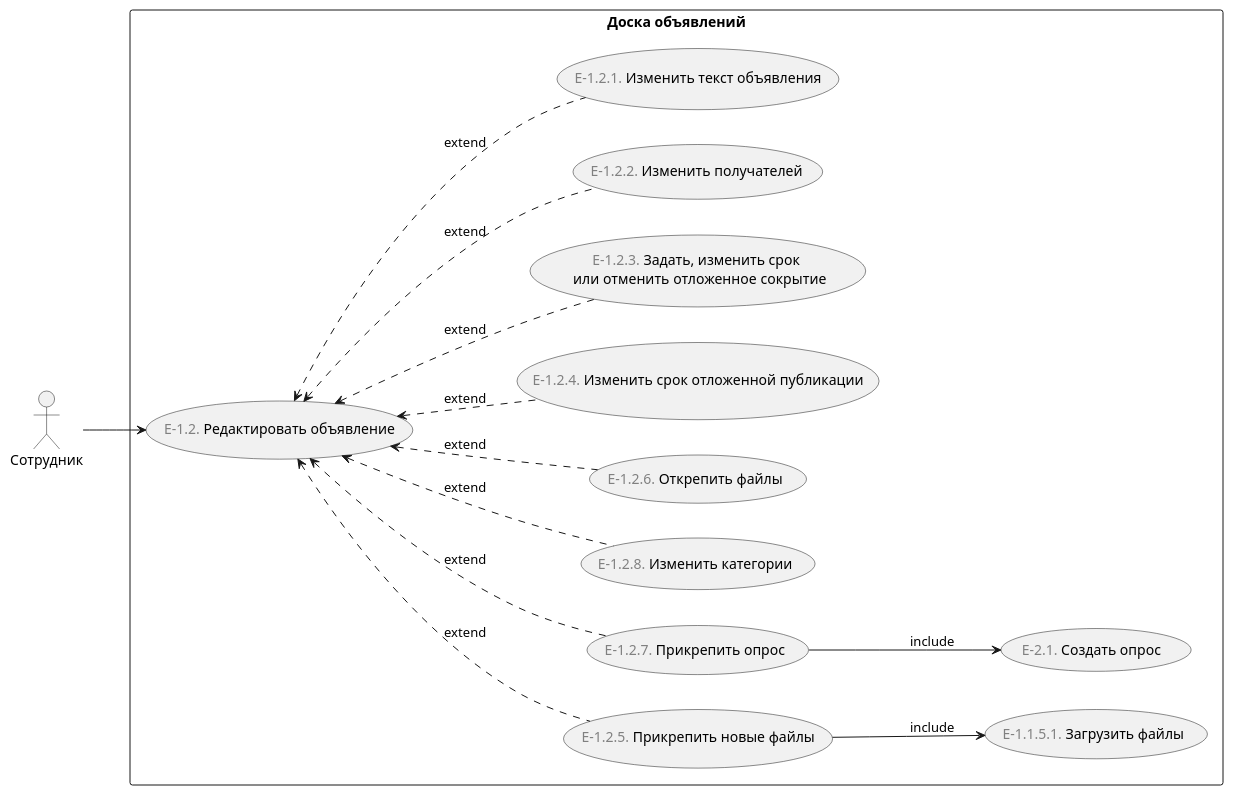
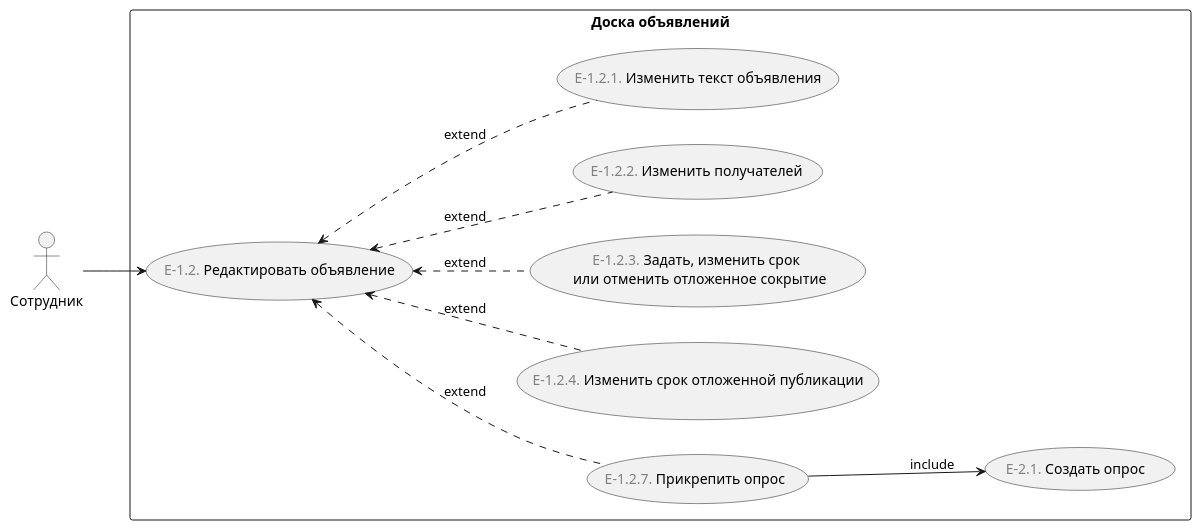
Before and after one commit to astu-app/ASTU-Bulletin-Board-Server: the diagram in doc/диаграммы/варианты-использования/редактировать-объявление.puml, drawn with PlantUML. The commit also changed 9 other files, not shown here.

Commit message:
Удалил нереализованные варианты использования и добавил один новый в диаграмму и пометил удаляемые и добавляемые варианты использования в файле с реестром вариантов использования.

```diff
--- a/doc/диаграммы/варианты-использования/редактировать-объявление.puml
+++ b/doc/диаграммы/варианты-использования/редактировать-объявление.puml
@@ -1,28 +1,22 @@
 @startuml
 'https://plantuml.com/use-case-diagram
 
 left to right direction
 
 :Сотрудник: as employee
 
 rectangle "Доска объявлений" {
     (<font color="gray">E-1.2.</font> Редактировать объявление) as edit_announcement
-    (<font color="gray">E-1.2.5.</font> Прикрепить новые файлы) as add_new_files
     (<font color="gray">E-1.2.7.</font> Прикрепить опрос) as add_survey
-    (<font color="gray">E-1.2.8.</font> Изменить категории) as edit_categories
 
     employee --> edit_announcement
      
-    edit_announcement <.. edit_categories : extend
-    edit_announcement <.. (<font color="gray">E-1.2.6.</font> Открепить файлы) : extend
-    edit_announcement <.. add_new_files : extend
     edit_announcement <.. add_survey : extend
     edit_announcement <.. (<font color="gray">E-1.2.4.</font> Изменить срок отложенной публикации) : extend
     edit_announcement <.. (<font color="gray">E-1.2.3.</font> Задать, изменить срок \n или отменить отложенное сокрытие) : extend
     edit_announcement <.. (<font color="gray">E-1.2.2.</font> Изменить получателей) : extend
     edit_announcement <.. (<font color="gray">E-1.2.1.</font> Изменить текст объявления) : extend
     
-    add_new_files --> (<font color="gray">E-1.1.5.1.</font> Загрузить файлы) : include
     add_survey --> (<font color="gray">E-2.1.</font> Создать опрос ) : include
 }
 @enduml
```
